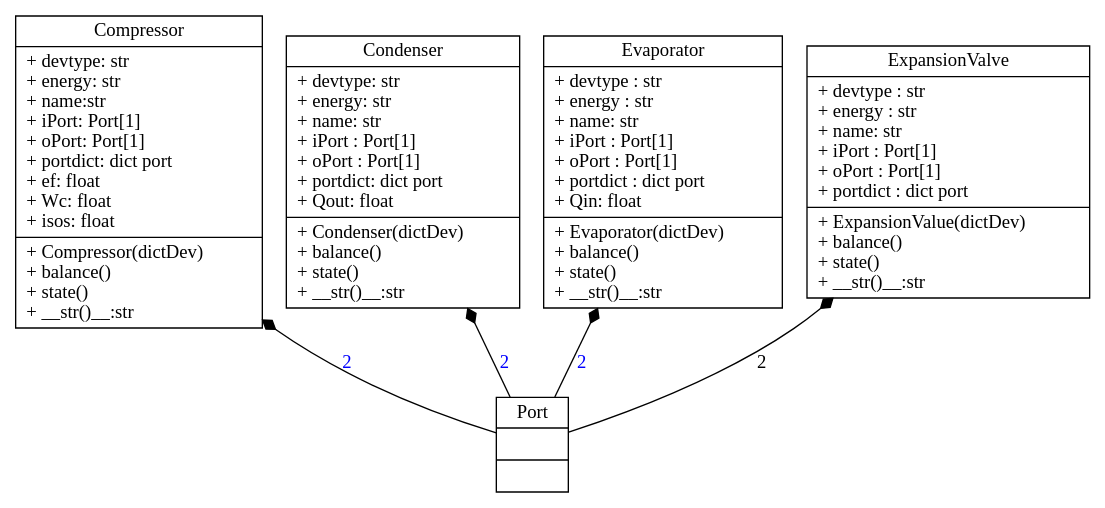
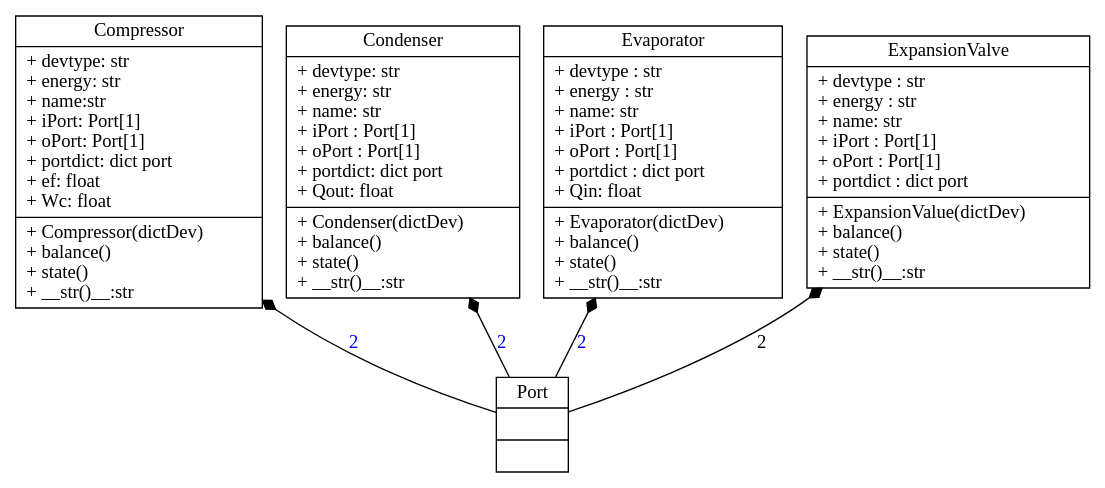
Before and after one commit to thermalogic/SimVCCE: the diagram in doc/uml/dot/components.dot, drawn with Graphviz. The commit also changed 6 other files, not shown here.

```diff
--- a/doc/uml/dot/components.dot
+++ b/doc/uml/dot/components.dot
@@ -1,29 +1,32 @@
 digraph "classes" {
 rankdir=BT
 charset="utf-8"
-"components.compressor.Compressor" [color="black", fontcoor="black", label="{Compressor| + devtype: str\l + energy: str\l + name:str \l + iPort: Port[1]\l + oPort: Port[1]\l + portdict: dict port\l + ef: float\l + Wc: float\l + isos: float\l| + Compressor(dictDev)\l + balance()\l + state()\l + __str()__:str\l}", shape="record", style="solid"];
+"components.compressor.Compressor" [color="black", fontcoor="black", 
+              label="{Compressor|
+               + devtype: str\l + energy: str\l + name:str \l + iPort: Port[1]\l + oPort: Port[1]\l + portdict: dict port\l + ef: float\l + Wc: float\l|
+               + Compressor(dictDev)\l + balance()\l + state()\l + __str()__:str\l}", shape="record", style="solid"];
 "components.condenser.Condenser" [color="black", fontcolor="black", label="{Condenser| + devtype: str\l + energy: str\l + name: str\l + iPort : Port[1]\l + oPort : Port[1]\l + portdict: dict port\l + Qout: float\l| + Condenser(dictDev)\l + balance()\l + state()\l + __str()__:str\l}", shape="record", style="solid"];
 "components.evaporator.Evaporator" [color="black", fontcolor="black", label="{Evaporator| + devtype : str\l + energy : str\l + name: str\l + iPort : Port[1]\l + oPort : Port[1]\l + portdict : dict port\l + Qin: float\l| + Evaporator(dictDev)\l + balance()\l + state()\l + __str()__:str\l}", shape="record", style="solid"];
 "components.expansionvalve.ExpansionValve" [color="black", fontcolor="black", label="{ExpansionValve| + devtype : str\l + energy : str\l + name: str\l + iPort : Port[1]\l + oPort : Port[1]\l + portdict : dict port\l| + ExpansionValue(dictDev)\l + balance()\l + state()\l + __str()__:str\l}", shape="record", style="solid"];
 "components.port.Port" [color="black", fontcolor="black", 
                label="{Port|
                         \l|
                         \l}", 
                        shape="record", style="solid"];
 "components.port.Port"->"components.compressor.Compressor"[
             arrowhead="diamond", arrowtail="none",
             fontcolor="blue",
             label="2", style="solid"];
 "components.port.Port"->"components.condenser.Condenser"[
             arrowhead="diamond", arrowtail="none",
             fontcolor="blue",
             label="2", style="solid"];
 "components.port.Port"->"components.evaporator.Evaporator"[
             arrowhead="diamond", arrowtail="none",
             fontcolor="blue",
             label="2", style="solid"];
 "components.port.Port"->"components.expansionvalve.ExpansionValve"[
             arrowhead="diamond", arrowtail="none",
             fontcolor="2",
             label="2", style="solid"];
 }
```
